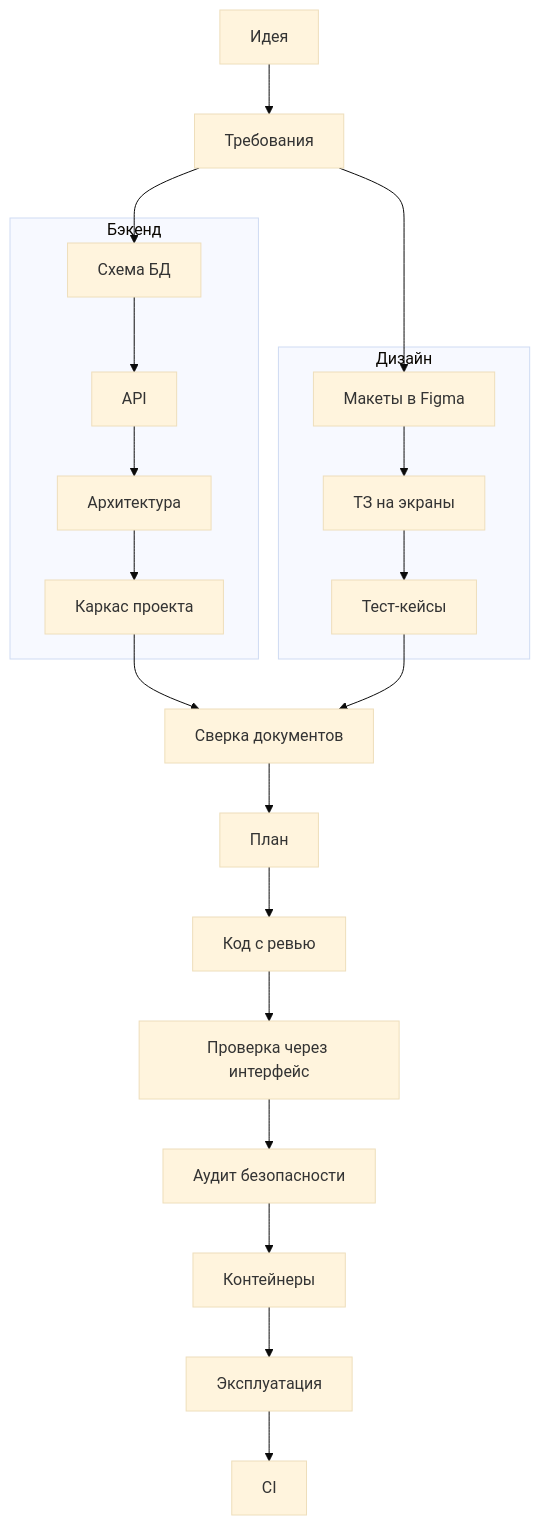
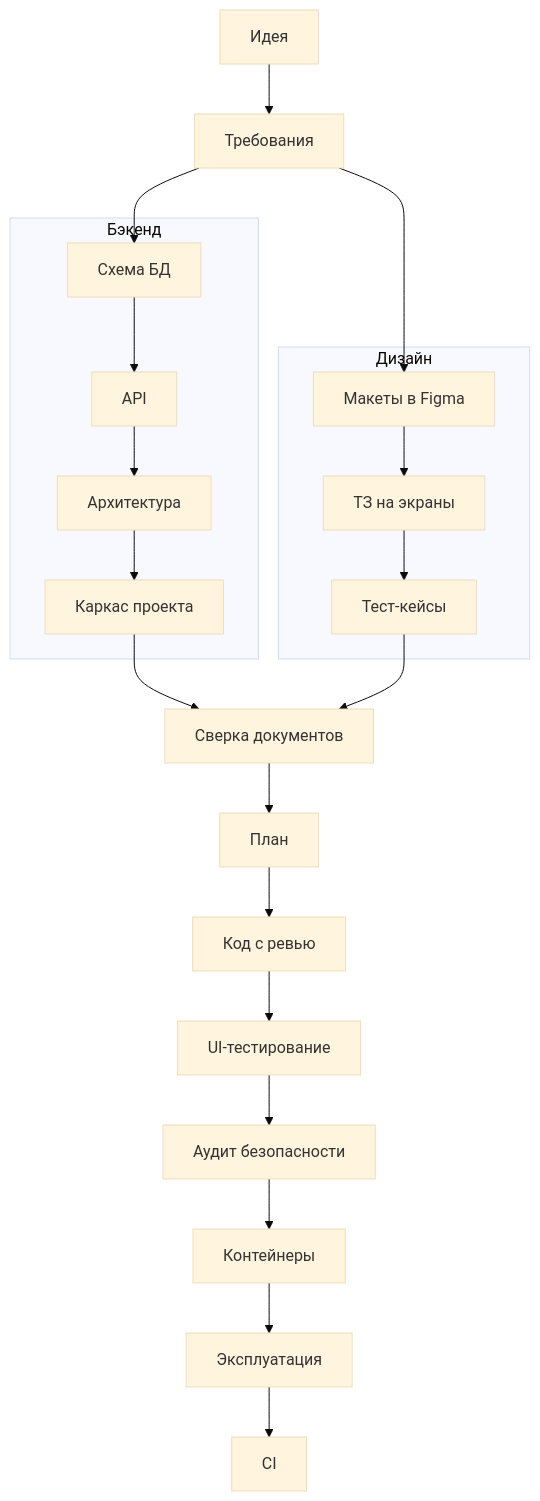
Before and after one commit to Idontlikedrinkpivo/web-dev-pipeline-claude-plugin: the diagram in README.md, drawn with Mermaid (base theme). The commit also changed other lines of this file, not shown here.

````diff
--- a/README.md
+++ b/README.md
@@ -37,15 +37,15 @@
 ```mermaid
 flowchart TD
     A[Идея] --> B[Требования]
     subgraph backend [Бэкенд]
         C[Схема БД] --> D[API] --> E[Архитектура] --> F[Каркас проекта]
     end
     subgraph design [Дизайн]
         G[Макеты в Figma] --> H[ТЗ на экраны] --> I[Тест-кейсы]
     end
     B --> C
     B --> G
     F --> J[Сверка документов]
     I --> J
-    J --> K[План] --> L[Код с ревью] --> M[Проверка через интерфейс] --> S[Аудит безопасности] --> N[Контейнеры] --> P[Эксплуатация] --> O[CI]
+    J --> K[План] --> L[Код с ревью] --> M[UI-тестирование] --> S[Аудит безопасности] --> N[Контейнеры] --> P[Эксплуатация] --> O[CI]
 ```
````
